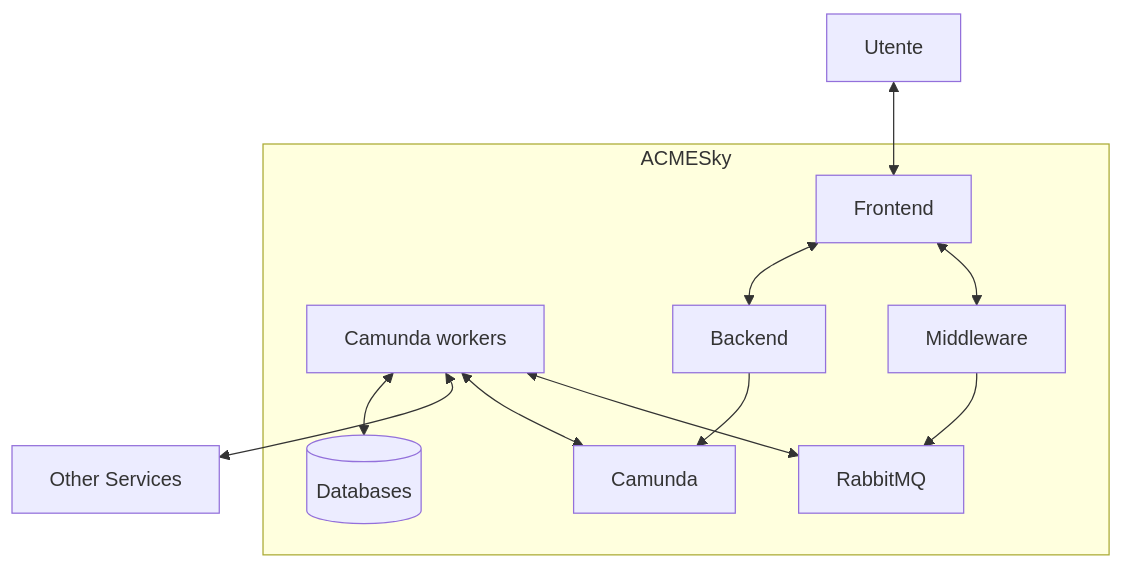
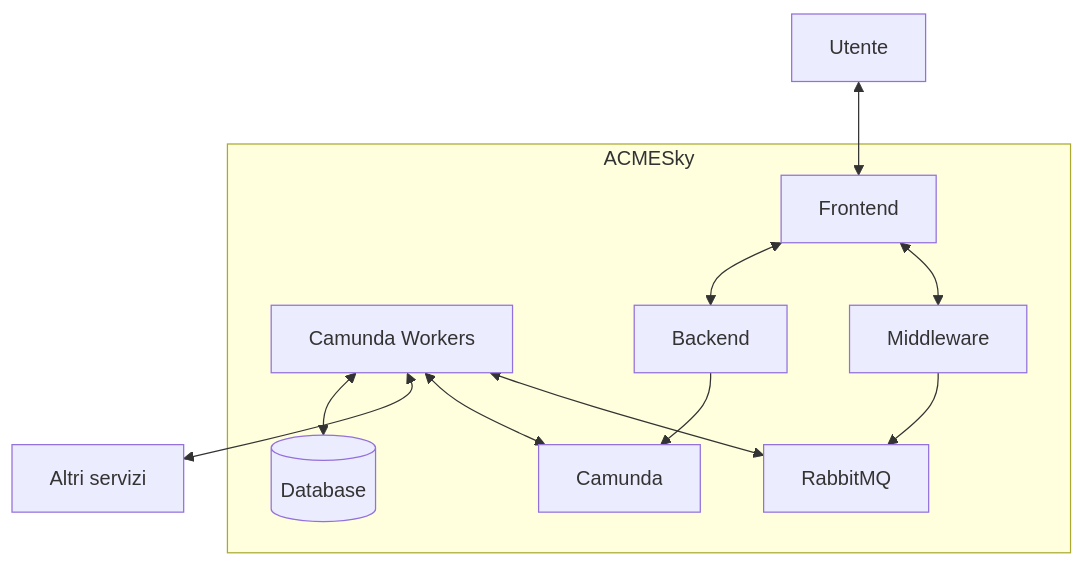
Before and after one commit to sosengers/project-documentation: the first of 8 diagrams in docs/implementazione/acmesky.md, drawn with Mermaid. The commit also changed other lines of this file and 3 other files, not shown here.

````diff
--- a/docs/implementazione/acmesky.md
+++ b/docs/implementazione/acmesky.md
@@ -5,22 +5,22 @@
 ```mermaid
 graph TD
 CW <--> DBs
-CW <--> OS[Other Services]
+CW <--> OS[Altri servizi]
 CW <--> C
 CW <--> R
 BE --> C
 FE <--> BE
 FE <--> MW
 Utente <--> FE
 MW --> R
 
 subgraph ACMESky
-DBs[(Databases)]
-CW[Camunda workers]
+DBs[(Database)]
+CW[Camunda Workers]
 C[Camunda]
 BE[Backend]
 R[RabbitMQ]
 FE[Frontend]
 MW[Middleware]
 end
 ```
````
